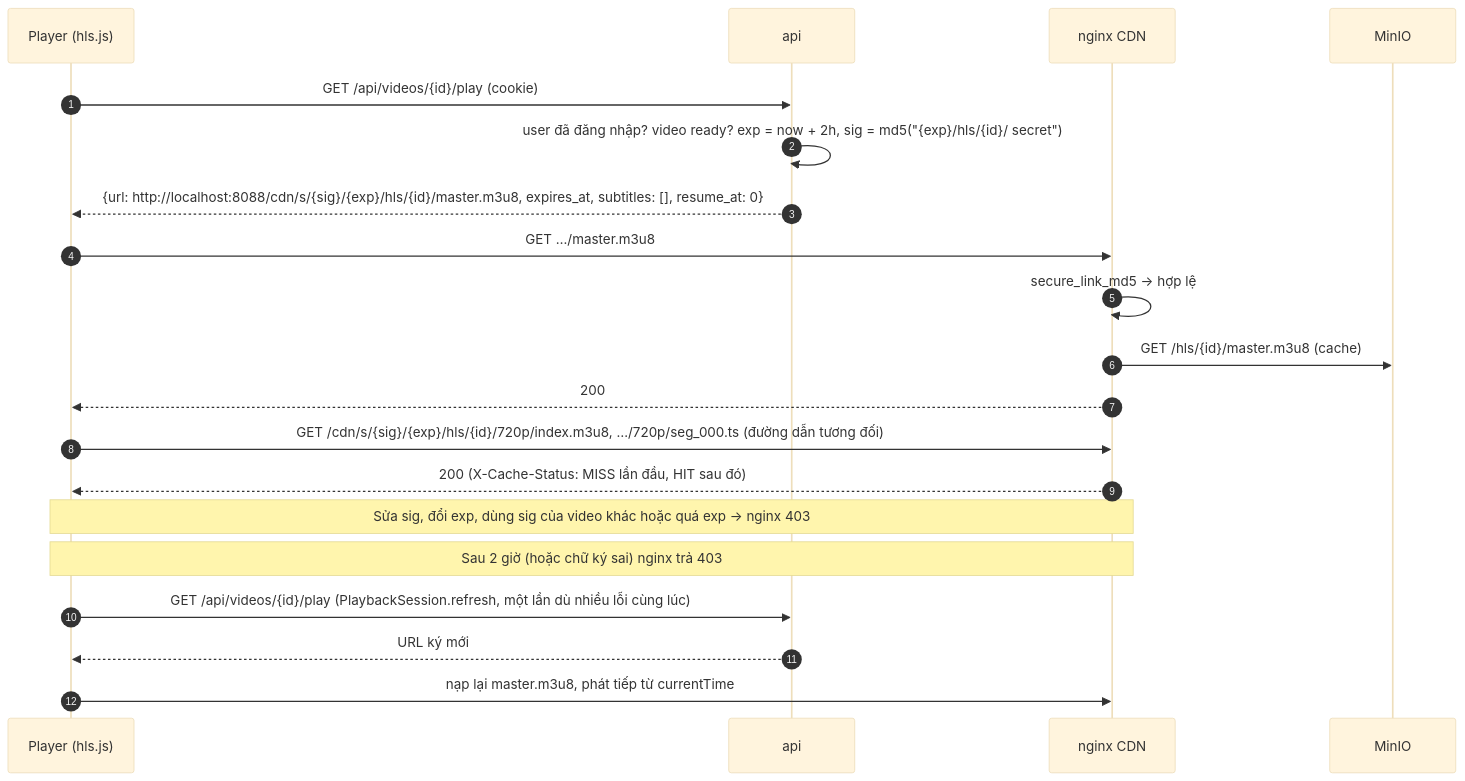
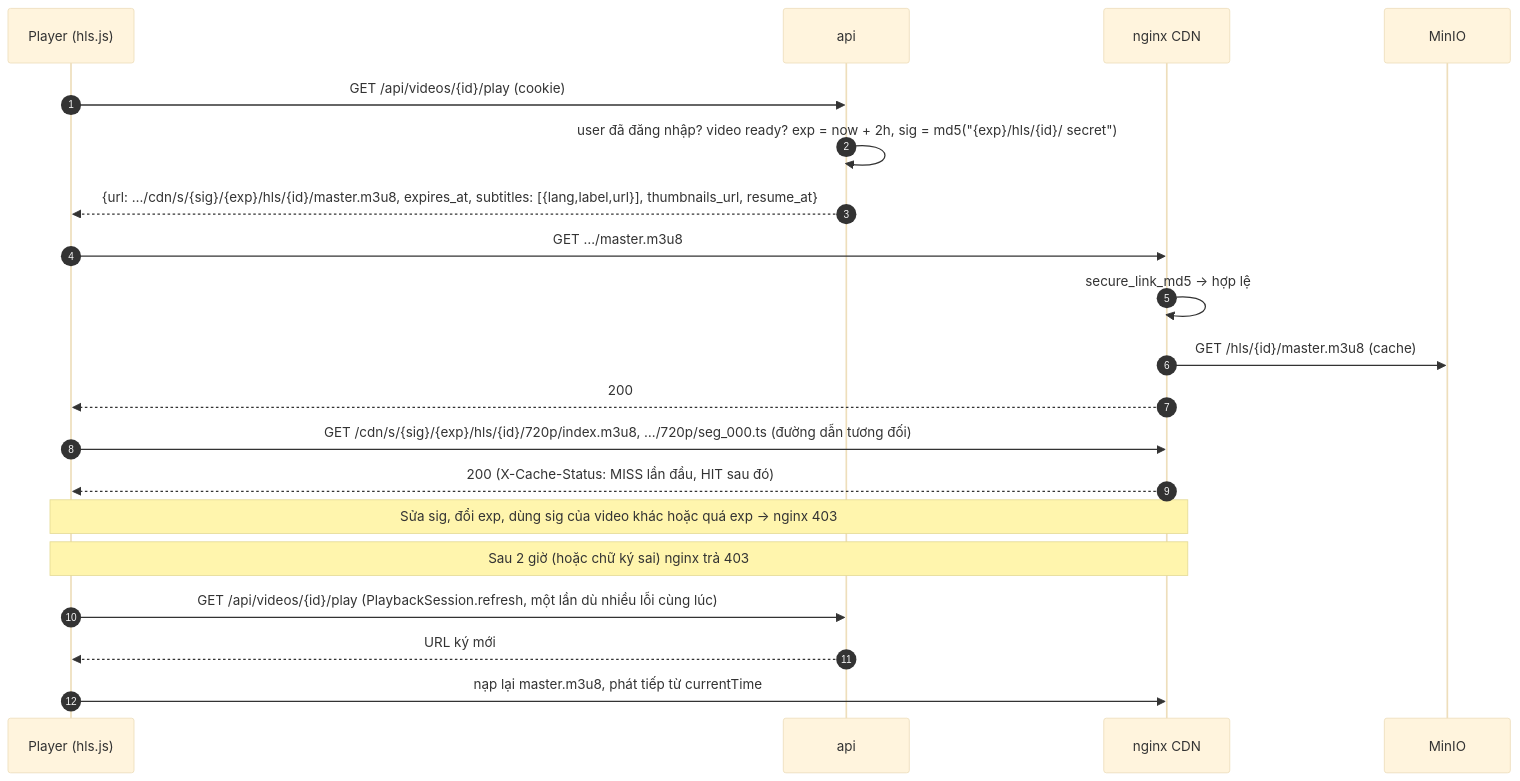
The fourth of 5 diagrams in docs/flows.md (doba202/streaming-vod), drawn with Mermaid (base theme) before and after one commit. The commit also changed other lines of this file and 8 other files, not shown here.

Commit message:
docs: M5 thumbnails, subtitles and continue watching docs and ADRs

````diff
--- a/docs/flows.md
+++ b/docs/flows.md
@@ -90,22 +90,22 @@
 ```mermaid
 sequenceDiagram
   autonumber
   participant P as Player (hls.js)
   participant API as api
   participant N as nginx CDN
   participant S3 as MinIO
   P->>API: GET /api/videos/{id}/play (cookie)
   API->>API: user đã đăng nhập? video ready? exp = now + 2h, sig = md5("{exp}/hls/{id}/ secret")
-  API-->>P: {url: http://localhost:8088/cdn/s/{sig}/{exp}/hls/{id}/master.m3u8, expires_at, subtitles: [], resume_at: 0}
+  API-->>P: {url: …/cdn/s/{sig}/{exp}/hls/{id}/master.m3u8, expires_at, subtitles: [{lang,label,url}], thumbnails_url, resume_at}
   P->>N: GET …/master.m3u8
   N->>N: secure_link_md5 → hợp lệ
   N->>S3: GET /hls/{id}/master.m3u8 (cache)
   N-->>P: 200
   P->>N: GET /cdn/s/{sig}/{exp}/hls/{id}/720p/index.m3u8, …/720p/seg_000.ts (đường dẫn tương đối)
   N-->>P: 200 (X-Cache-Status: MISS lần đầu, HIT sau đó)
   Note over P,N: Sửa sig, đổi exp, dùng sig của video khác hoặc quá exp → nginx 403
   Note over P,N: Sau 2 giờ (hoặc chữ ký sai) nginx trả 403
   P->>API: GET /api/videos/{id}/play (PlaybackSession.refresh, một lần dù nhiều lỗi cùng lúc)
   API-->>P: URL ký mới
   P->>N: nạp lại master.m3u8, phát tiếp từ currentTime
 ```
````
